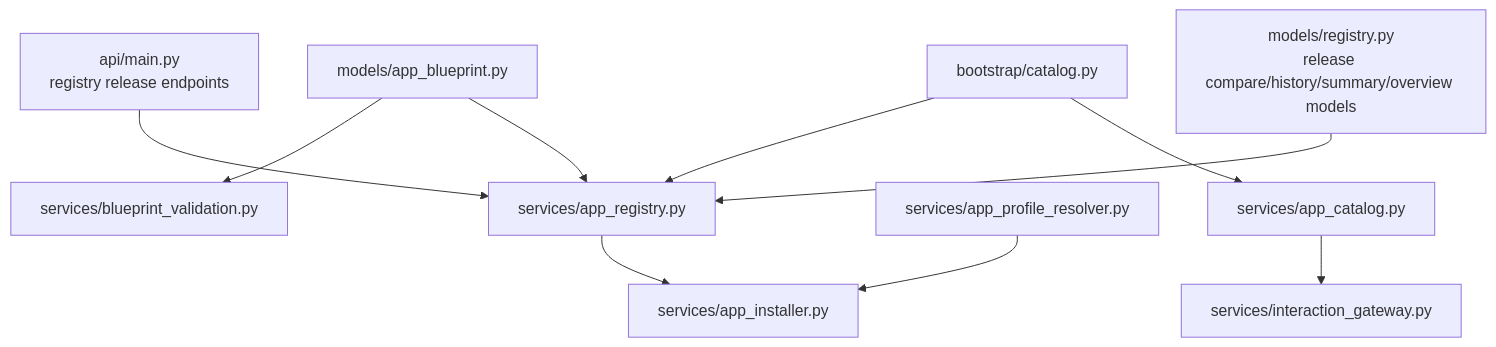
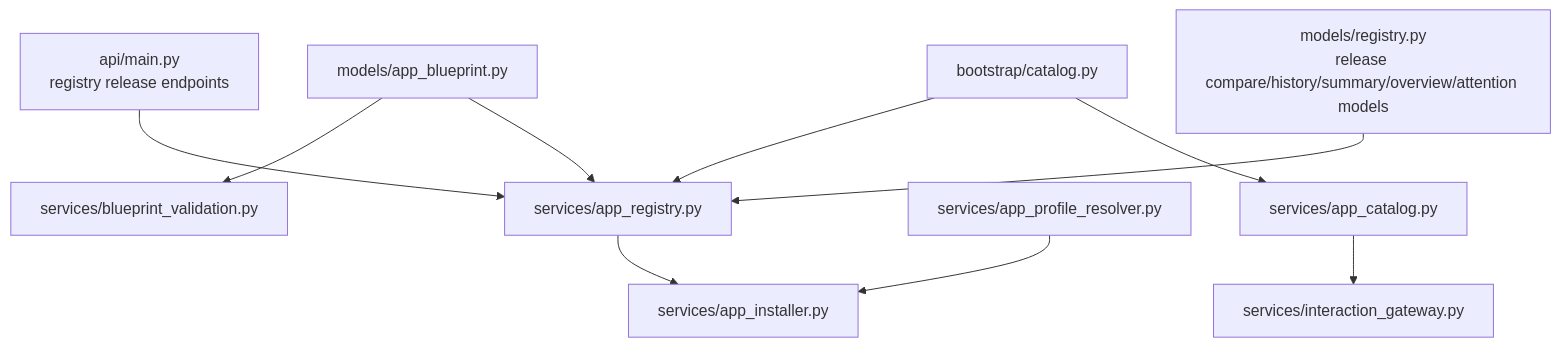
One commit to wangchienbo/AgentSystem changed the third of 20 diagrams in docs/system-relationship-map.md. Above: the diagram before and after it, drawn with Mermaid. The commit also changed other lines of this file and 3 other files, not shown here.

Commit message:
docs: document app registry attention summary

````diff
--- a/docs/system-relationship-map.md
+++ b/docs/system-relationship-map.md
@@ -98,12 +98,12 @@
 ```mermaid
 graph TD
     AB[models/app_blueprint.py] --> AR[services/app_registry.py]
     AB --> BV[services/blueprint_validation.py]
-    MREG[models/registry.py\nrelease compare/history/summary/overview models] --> AR[services/app_registry.py]
+    MREG[models/registry.py\nrelease compare/history/summary/overview/attention models] --> AR[services/app_registry.py]
     APIREG[api/main.py\nregistry release endpoints] --> AR
     AR --> AI[services/app_installer.py]
     APR[services/app_profile_resolver.py] --> AI
     ACAT[services/app_catalog.py] --> IG[services/interaction_gateway.py]
     BCAT[bootstrap/catalog.py] --> ACAT
     BCAT --> AR
 ```
````
